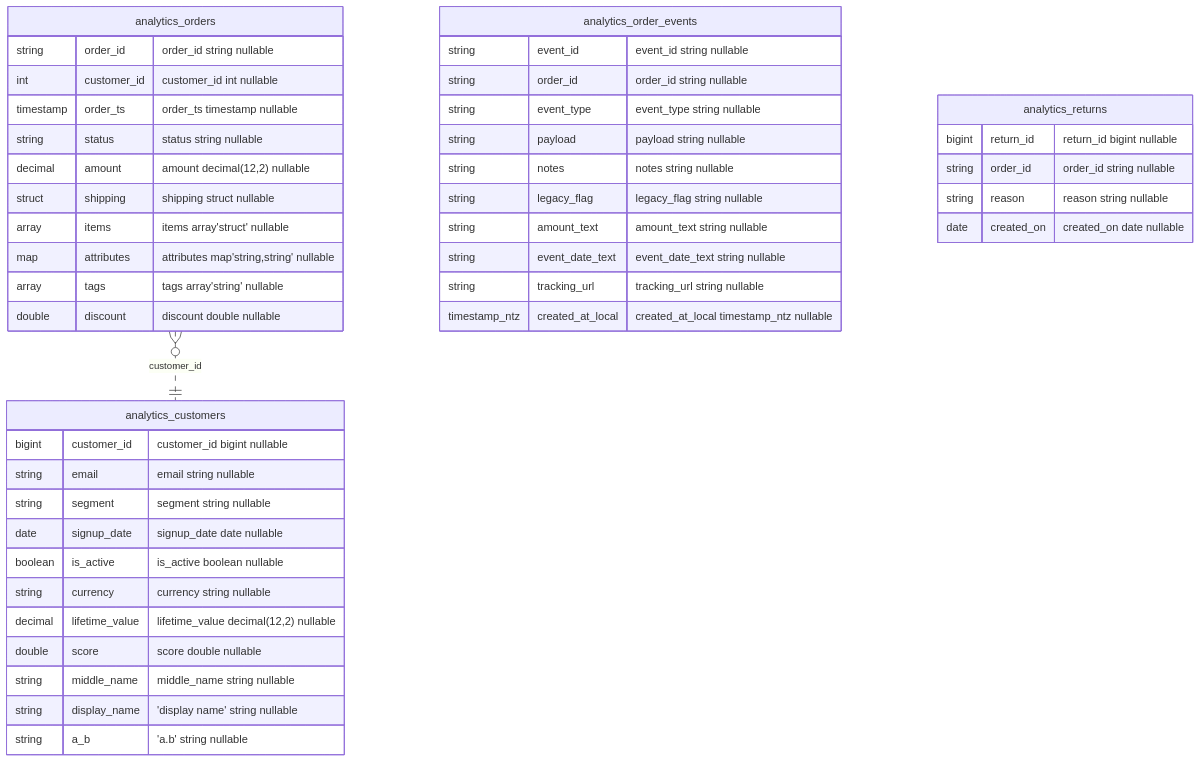
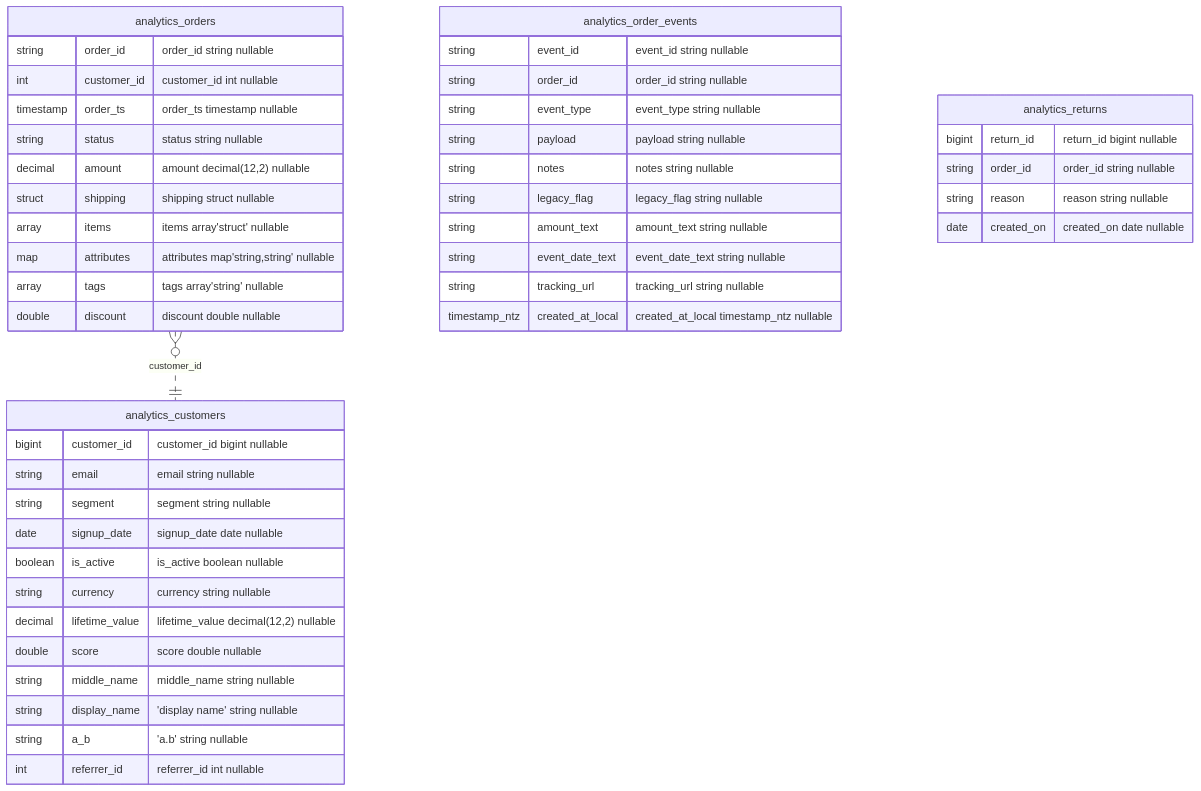
Before and after one commit to ruanpato/tabledossier: the diagram in examples/demo/output/annotated/erd.mmd, drawn with Mermaid. The commit also changed 28 other files, not shown here.

```diff
--- a/examples/demo/output/annotated/erd.mmd
+++ b/examples/demo/output/annotated/erd.mmd
@@ -1,54 +1,55 @@
-%% Generated by TableDossier 0.2.0 from profile run 20260922T054255Z-4abc0135, measured at 2026-09-22T05:42:55.013Z UTC.
+%% Generated by TableDossier 0.2.0 from profile run 20260922T055411Z-d25f5538, measured at 2026-09-22T05:54:11.345Z UTC.
 %% Edges appear only for relationships whose cardinality was provided by a person.
 %% Line style is dashed (non-identifying); TableDossier does not assert identifying relationships.
 %% Entity names are sanitized; the original table names are:
 %%   analytics_customers = analytics.customers
 %%   analytics_orders = analytics.orders
 %%   analytics_order_events = analytics.order_events
 %%   analytics_returns = analytics.returns
 erDiagram
     analytics_customers {
         bigint customer_id "customer_id bigint nullable"
         string email "email string nullable"
         string segment "segment string nullable"
         date signup_date "signup_date date nullable"
         boolean is_active "is_active boolean nullable"
         string currency "currency string nullable"
         decimal lifetime_value "lifetime_value decimal(12,2) nullable"
         double score "score double nullable"
         string middle_name "middle_name string nullable"
         string display_name "'display name' string nullable"
         string a_b "'a.b' string nullable"
+        int referrer_id "referrer_id int nullable"
     }
     analytics_orders {
         string order_id "order_id string nullable"
         int customer_id "customer_id int nullable"
         timestamp order_ts "order_ts timestamp nullable"
         string status "status string nullable"
         decimal amount "amount decimal(12,2) nullable"
         struct shipping "shipping struct nullable"
         array items "items array'struct' nullable"
         map attributes "attributes map'string,string' nullable"
         array tags "tags array'string' nullable"
         double discount "discount double nullable"
     }
     analytics_order_events {
         string event_id "event_id string nullable"
         string order_id "order_id string nullable"
         string event_type "event_type string nullable"
         string payload "payload string nullable"
         string notes "notes string nullable"
         string legacy_flag "legacy_flag string nullable"
         string amount_text "amount_text string nullable"
         string event_date_text "event_date_text string nullable"
         string tracking_url "tracking_url string nullable"
         timestamp_ntz created_at_local "created_at_local timestamp_ntz nullable"
     }
     analytics_returns {
         bigint return_id "return_id bigint nullable"
         string order_id "order_id string nullable"
         string reason "reason string nullable"
         date created_on "created_on date nullable"
     }
     analytics_orders }o..|| analytics_customers : "customer_id"
     %% not drawn (configuration, cardinality not asserted): analytics_order_events (order_id) references analytics_orders
```
